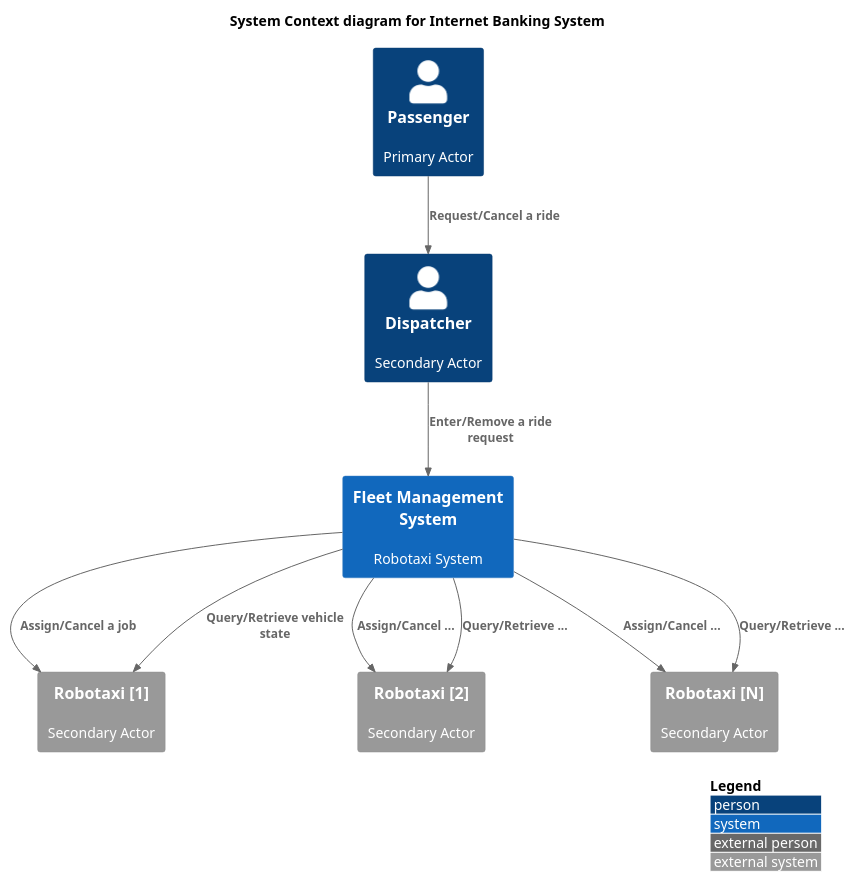
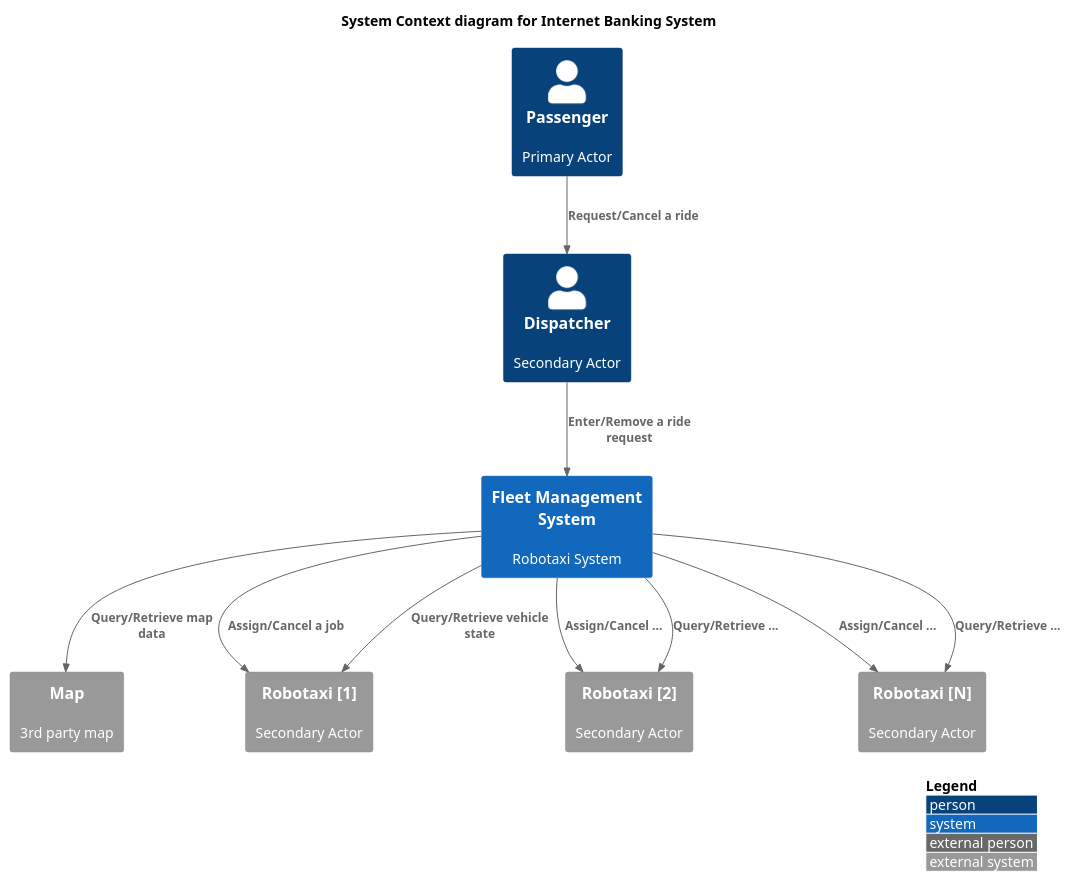
The diagram in Misc/RobotaxiManagementSystem/Context.puml (RobotMa/DesignPattern), drawn with PlantUML before and after one commit. The commit also changed 2 other files, not shown here.

Commit message:
3rd robo taxi system design with component diagram

```diff
--- a/Misc/RobotaxiManagementSystem/Context.puml
+++ b/Misc/RobotaxiManagementSystem/Context.puml
@@ -1,31 +1,35 @@
 @startuml
 !include https://raw.githubusercontent.com/plantuml-stdlib/C4-PlantUML/master/C4_Context.puml
 
 LAYOUT_WITH_LEGEND()
 
 title System Context diagram for Internet Banking System
 
 Person(p1, "Passenger", "Primary Actor")
 
 Person(p2, "Dispatcher", "Secondary Actor")
 
 System(FMS, "Fleet Management System", "Robotaxi System")
+
+System_Ext(Map, "Map", "3rd party map")
 
 System_Ext(robo1, "Robotaxi [1]", "Secondary Actor")
 System_Ext(robo2, "Robotaxi [2]",  "Secondary Actor")
 System_Ext(robon, "Robotaxi [N]",  "Secondary Actor")
 
 
 Rel(p1, p2, "Request/Cancel a ride")
 
 Rel(p2, FMS, "Enter/Remove a ride request")
 
 Rel(FMS, robo1, "Assign/Cancel a job")
 Rel(FMS, robo2, "Assign/Cancel ...")
 Rel(FMS, robon, "Assign/Cancel ...")
 
 Rel(FMS, robo1, "Query/Retrieve vehicle state")
 Rel(FMS, robo2, "Query/Retrieve ...")
 Rel(FMS, robon, "Query/Retrieve ...")
 
+Rel(FMS, Map, "Query/Retrieve map data")
+
 @enduml
```
